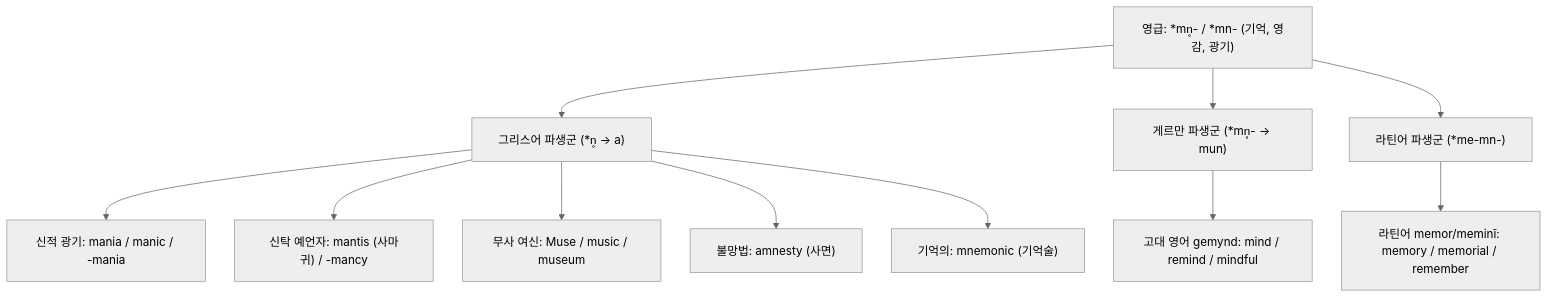
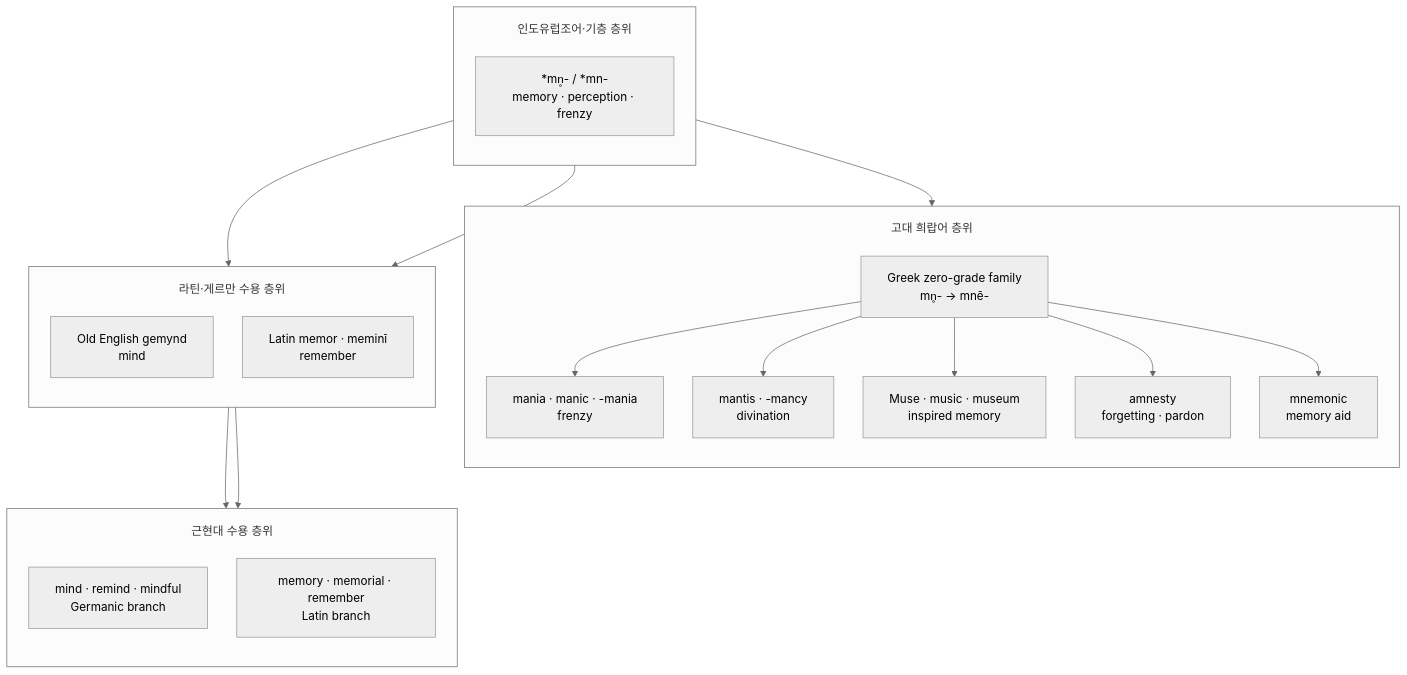
One commit to YgHnSIM/Homer_wiki changed the fifth of 5 diagrams in words/word-menis.md. Above: the diagram before and after it, drawn with Mermaid (neutral theme). The commit also changed other lines of this file, not shown here.

Commit message:
refactor(word-menis): Type C etymology Mermaid

````diff
--- a/words/word-menis.md
+++ b/words/word-menis.md
@@ -130,15 +208,35 @@
 ```mermaid
 %%{init: {'flowchart': {'useMaxWidth': true, 'nodeSpacing': 40, 'rankSpacing': 56, 'padding': 18, 'subGraphTitleMargin': {'top': 18, 'bottom': 10}}}}%%
 flowchart TD
-    ZERO["영급: *mn̥- / *mn- (기억, 영감, 광기)"]
-    ZERO --> GRK_ZERO["그리스어 파생군 (*n̥ → a)"]
-    ZERO --> GERM_ZERO["게르만 파생군 (*mn̥- → mun)"]
-    ZERO --> LAT_ZERO["라틴어 파생군 (*me-mn-)"]
-    GRK_ZERO --> MOD_MANIA["신적 광기: mania / manic / -mania"]
-    GRK_ZERO --> MOD_MANTIS["신탁 예언자: mantis (사마귀) / -mancy"]
-    GRK_ZERO --> MOD_MUSE["무사 여신: Muse / music / museum"]
-    GRK_ZERO --> MOD_AMNESTY["불망법: amnesty (사면)"]
-    GRK_ZERO --> MOD_MNEM["기억의: mnemonic (기억술)"]
-    GERM_ZERO --> MOD_MIND["고대 영어 gemynd: mind / remind / mindful"]
-    LAT_ZERO --> MOD_MEMORY["라틴어 memor/meminī: memory / memorial / remember"]
+    subgraph PIE_Stage ["인도유럽조어·기층 층위"]
+        direction TB
+        ZERO["*mn̥- / *mn-<br/>memory · perception · frenzy"]:::substrate
+    end
+    subgraph Greek_Stage ["고대 희랍어 층위"]
+        direction TB
+        GRK["Greek zero-grade family<br/>mn̥- → mnē-"]:::greek
+        MANIA["mania · manic · -mania<br/>frenzy"]:::focus
+        MANTIS["mantis · -mancy<br/>divination"]:::greek
+        MUSE["Muse · music · museum<br/>inspired memory"]:::greek
+        AMNESTY["amnesty<br/>forgetting · pardon"]:::greek
+        MNEM["mnemonic<br/>memory aid"]:::greek
+        GRK --> MANIA
+        GRK --> MANTIS
+        GRK --> MUSE
+        GRK --> AMNESTY
+        GRK --> MNEM
+    end
+    subgraph Latin_Stage ["라틴·게르만 수용 층위"]
+        direction TB
+        GERM["Old English gemynd<br/>mind"]:::latin
+        LAT["Latin memor · meminī<br/>remember"]:::latin
+    end
+    subgraph Modern_Stage ["근현대 수용 층위"]
+        direction TB
+        MIND["mind · remind · mindful<br/>Germanic branch"]:::english
+        MEMORY["memory · memorial · remember<br/>Latin branch"]:::english
+    end
+    ZERO --> GRK
+    ZERO --> GERM --> MIND
+    ZERO --> LAT --> MEMORY
 ```
````
